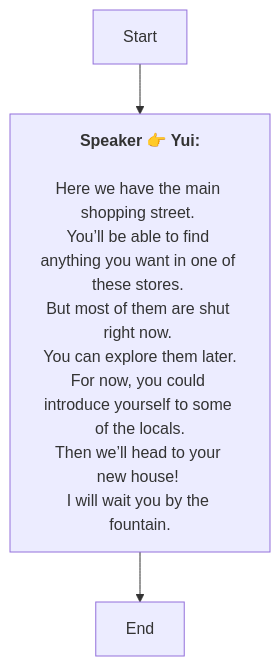
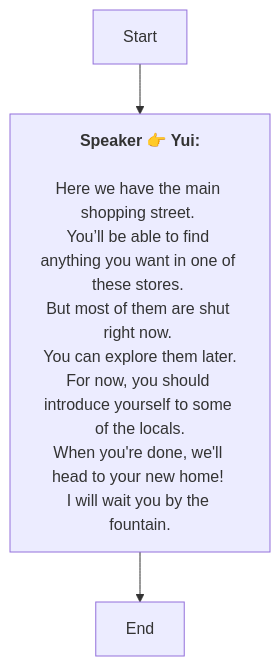
Before and after one commit to SoftHu/tos_avg: the diagram in En/QuestStartTalkENode_1741757389221183.md, drawn with Mermaid. The commit also changed 312 other files, not shown here.

````diff
--- a/En/QuestStartTalkENode_1741757389221183.md
+++ b/En/QuestStartTalkENode_1741757389221183.md
@@ -1,14 +1,14 @@
 ```mermaid
 graph
 Start -->1741757429204290[<b>Speaker 👉 Yui:</b>
 
 Here we have the main shopping street. 
 You’ll be able to find anything you want in one of these stores. 
 But most of them are shut right now. 
 You can explore them later.
-For now, you could introduce yourself to some of the locals.
-Then we’ll head to your new house! 
+For now, you should introduce yourself to some of the locals.
+When you're done, we'll head to your new home! 
 I will wait you by the fountain.]
 1741757429204290 -->1741757508892995[End]
 
  ```
````
